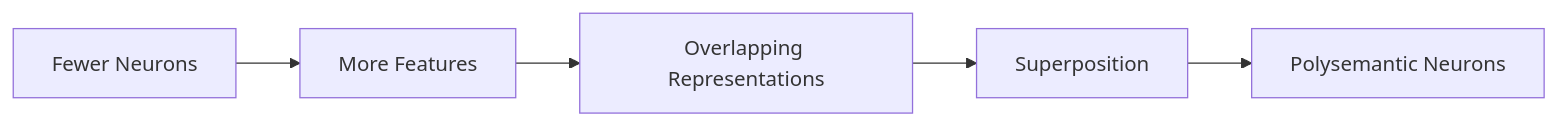
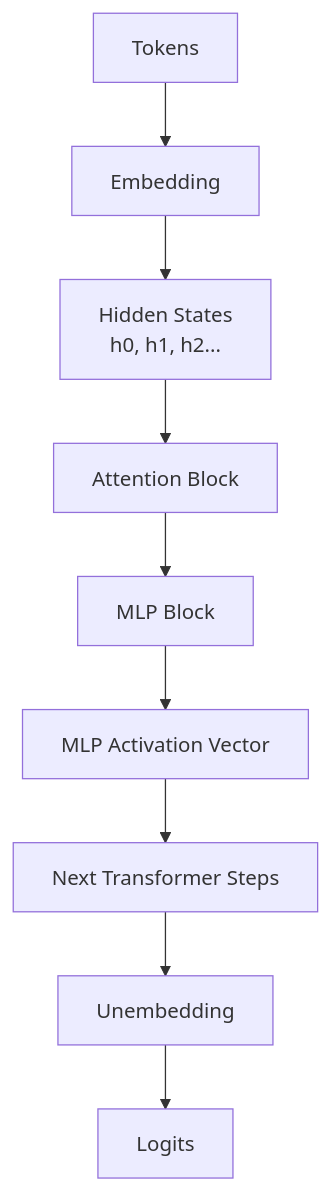
Before and after one commit to humairasoudagar/sparse-autoencoder-interpretability: the second of 12 diagrams in papers/anthropic-monosemanticity.md, drawn with Mermaid. The commit also changed other lines of this file, not shown here.

````diff
--- a/papers/anthropic-monosemanticity.md
+++ b/papers/anthropic-monosemanticity.md
@@ -362,7 +374,14 @@
 ```mermaid
-flowchart LR
-    A[Fewer Neurons] --> B[More Features]
-    B --> C[Overlapping Representations]
-    C --> D[Superposition]
-    D --> E[Polysemantic Neurons]
+flowchart TD
+    A[Tokens] --> B[Embedding]
+    B --> C[Hidden States<br>h0, h1, h2...]
+
+    C --> D[Attention Block]
+    D --> E[MLP Block]
+
+    E --> F[MLP Activation Vector]
+
+    F --> G[Next Transformer Steps]
+    G --> H[Unembedding]
+    H --> I[Logits]
 ```
````
